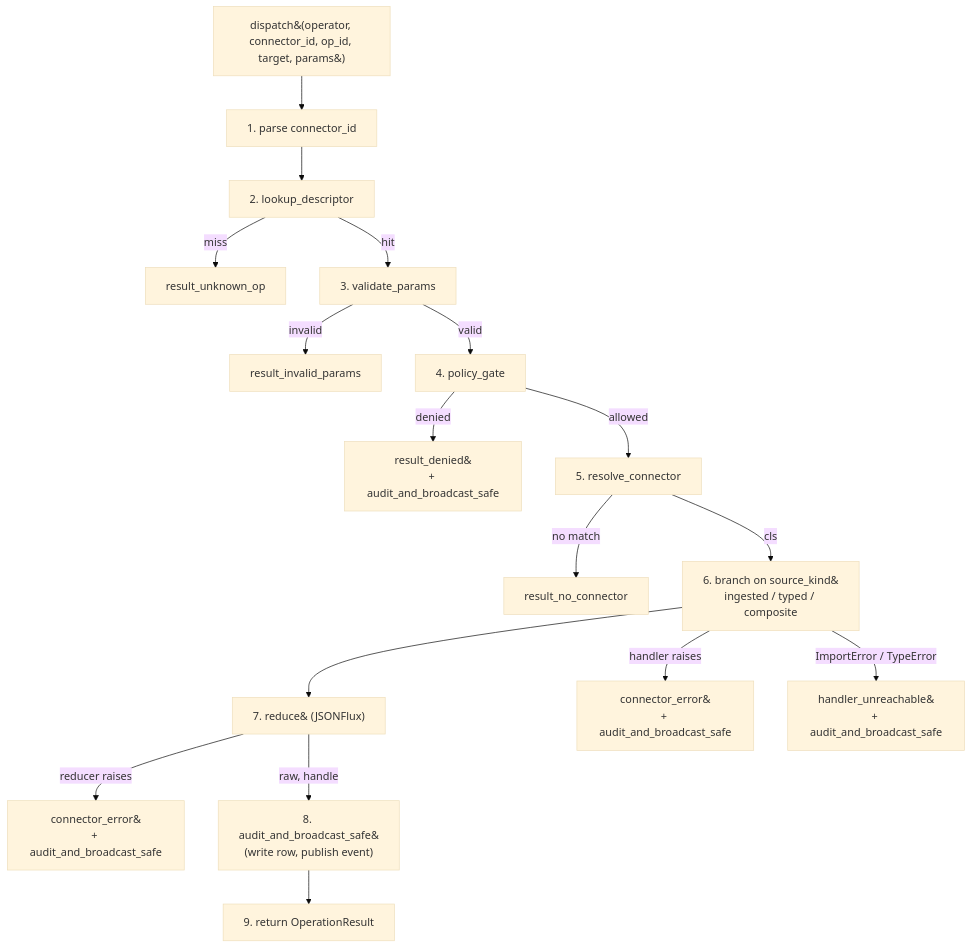
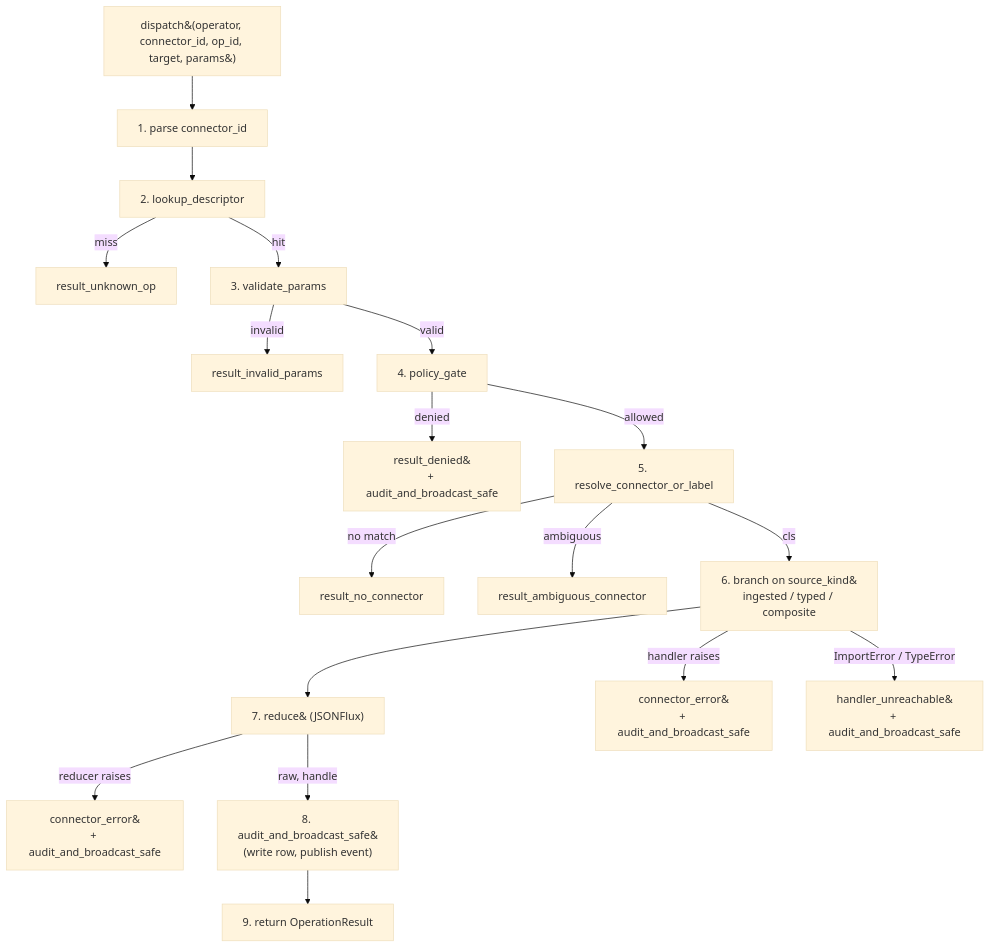
Before and after one commit to evoila/meho: the diagram in docs/architecture/operations-substrate.md, drawn with Mermaid (base theme). The commit also changed other lines of this file and 10 other files, not shown here.

````diff
--- a/docs/architecture/operations-substrate.md
+++ b/docs/architecture/operations-substrate.md
@@ -190,19 +190,20 @@
 ```mermaid
 flowchart TD
     A[dispatch&#40;operator, connector_id, op_id, target, params&#41;] --> B[1. parse connector_id]
     B --> C[2. lookup_descriptor]
     C -->|miss| Z1[result_unknown_op]
     C -->|hit| D[3. validate_params]
     D -->|invalid| Z2[result_invalid_params]
     D -->|valid| E[4. policy_gate]
     E -->|denied| Z3["result_denied&#10;+ audit_and_broadcast_safe"]
-    E -->|allowed| F[5. resolve_connector]
+    E -->|allowed| F["5. resolve_connector_or_label"]
     F -->|no match| Z4[result_no_connector]
+    F -->|ambiguous| Z4a[result_ambiguous_connector]
     F -->|cls| G["6. branch on source_kind&#10;ingested / typed / composite"]
     G --> H["7. reduce&#10;(JSONFlux)"]
     H -->|reducer raises| Z5["connector_error&#10;+ audit_and_broadcast_safe"]
     H -->|raw, handle| I["8. audit_and_broadcast_safe&#10;(write row, publish event)"]
     I --> J[9. return OperationResult]
     G -->|handler raises| Z6["connector_error&#10;+ audit_and_broadcast_safe"]
     G -->|ImportError / TypeError| Z7["handler_unreachable&#10;+ audit_and_broadcast_safe"]
 ```
````
